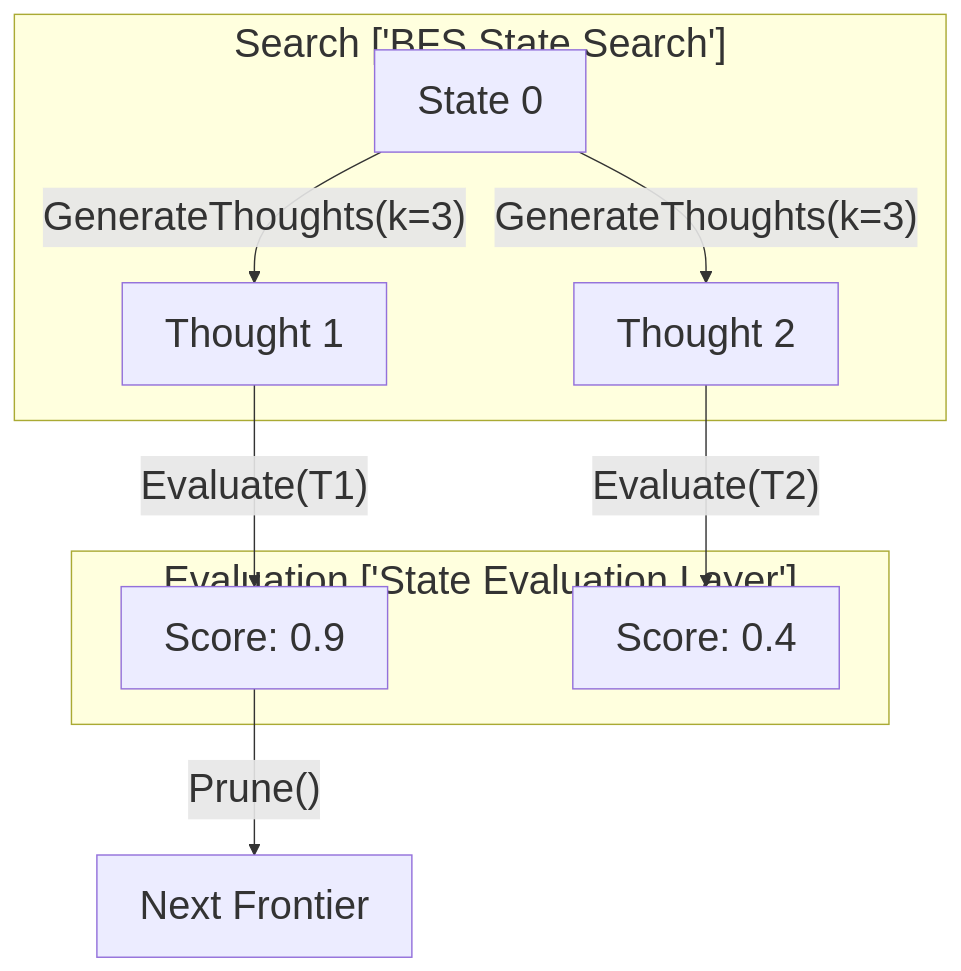
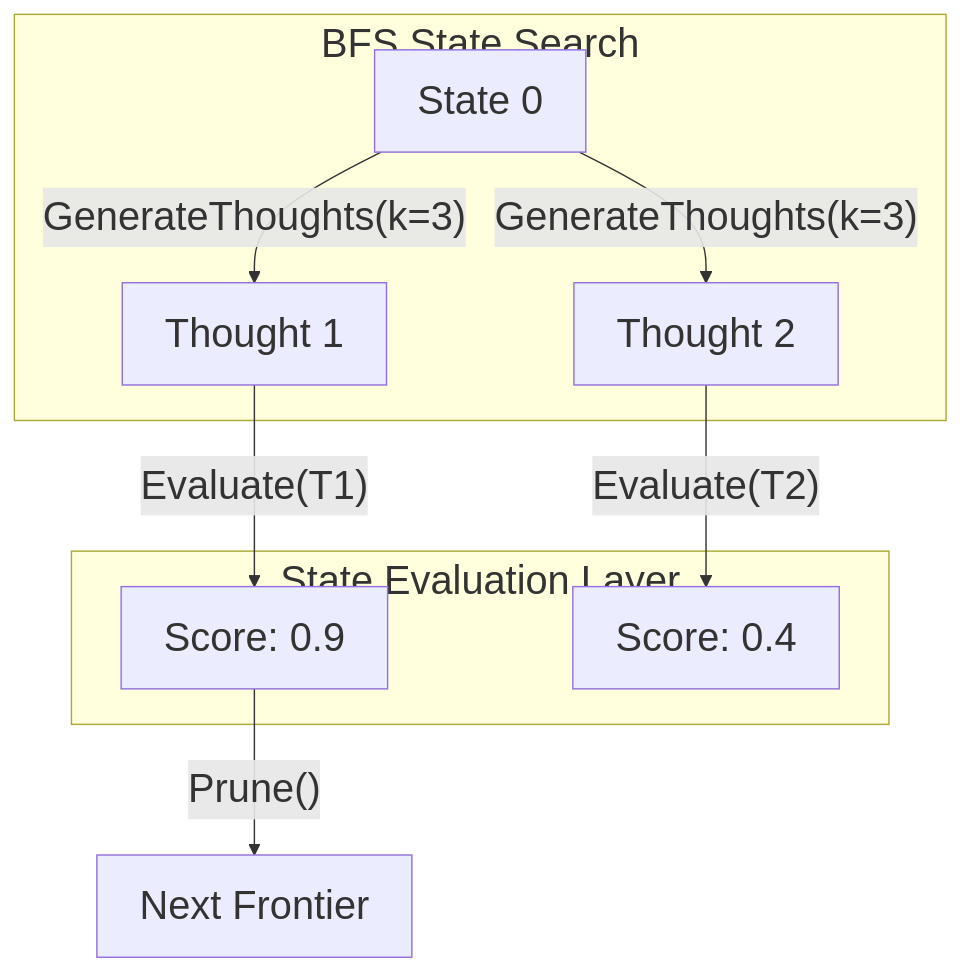
One commit to j4flmao/agent-skills changed the diagram in skills/prompt-engineering/tree-of-thoughts/SKILL.md. Above: the diagram before and after it, drawn with Mermaid. The commit also changed 38 other files, not shown here.

Commit message:
style(skills): Add padding to Mermaid subgraphs to prevent label overlap with nodes

````diff
--- a/skills/prompt-engineering/tree-of-thoughts/SKILL.md
+++ b/skills/prompt-engineering/tree-of-thoughts/SKILL.md
@@ -15,13 +15,13 @@
 ```mermaid
 flowchart TD
 %%{init: {"theme": "default", "themeVariables": {"fontSize": "28px"}, "flowchart": {"useMaxWidth": false}}}%%
-    subgraph SearchBFSStateSearch ["Search ['BFS State Search']"]
+    subgraph SearchBFSStateSearch ["BFS State Search<br/>"]
         State_0[State 0] -->|"GenerateThoughts(k=3)"| T1[Thought 1]
         State_0 -->|"GenerateThoughts(k=3)"| T2[Thought 2]
     end
-    subgraph EvaluationStateEvaluationLayer ["Evaluation ['State Evaluation Layer']"]
+    subgraph EvaluationStateEvaluationLayer ["State Evaluation Layer<br/>"]
         T1 -->|"Evaluate(T1)"| E1[Score: 0.9]
         T2 -->|"Evaluate(T2)"| E2[Score: 0.4]
     end
     E1 -->|"Prune()"| Next[Next Frontier]
 ```
````
